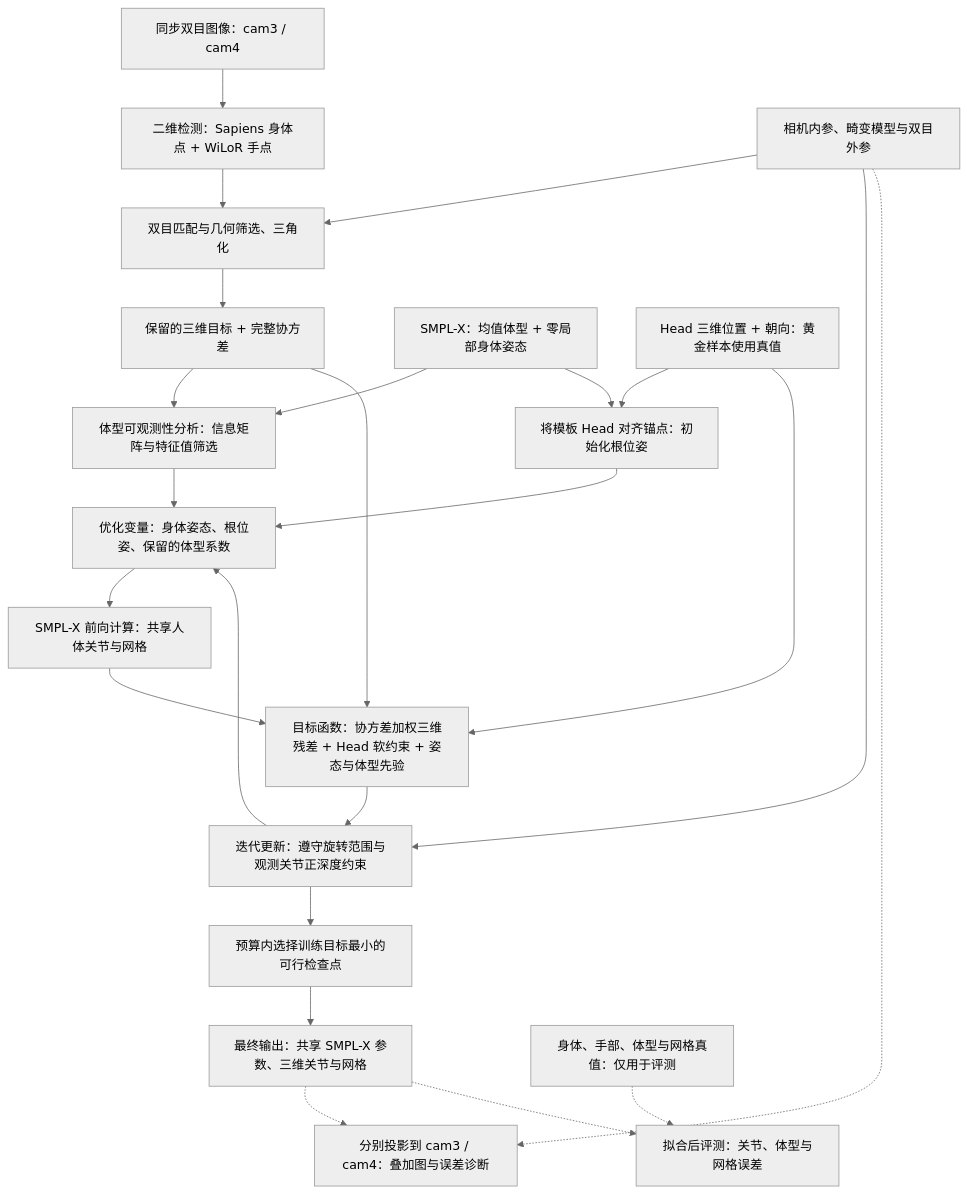
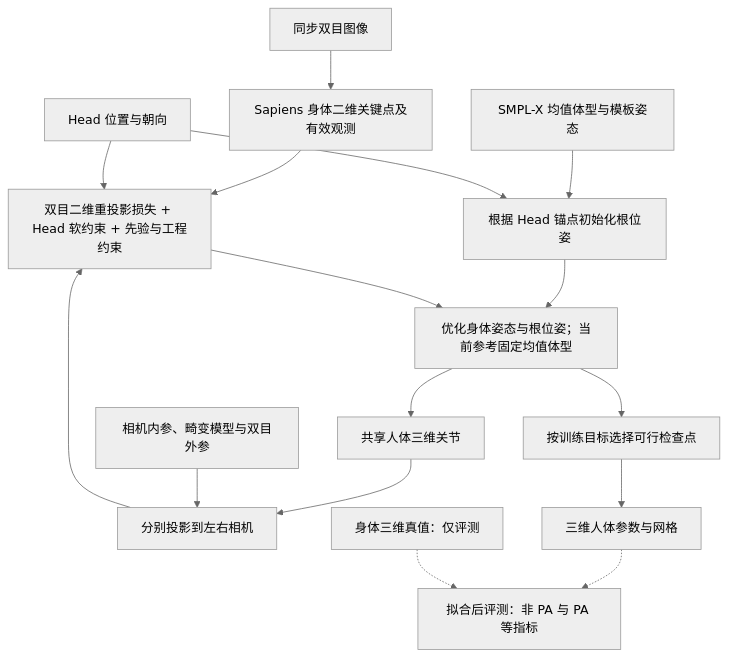
The diagram in README.md (cdh290718-oss/DownSight), drawn with Mermaid (neutral theme) before and after one commit. The commit also changed other lines of this file and 9 other files, not shown here.

````diff
--- a/README.md
+++ b/README.md
@@ -19,26 +15,18 @@
 ```mermaid
 flowchart TD
-    I["同步双目图像：cam3 / cam4"] --> D["二维检测：Sapiens 身体点 + WiLoR 手点"]
-    D --> G["双目匹配与几何筛选、三角化"]
-    C["相机内参、畸变模型与双目外参"] --> G
-    G --> O["保留的三维目标 + 完整协方差"]
-    O --> B["体型可观测性分析：信息矩阵与特征值筛选"]
-    T["SMPL-X：均值体型 + 零局部身体姿态"] --> B
-    T --> A["将模板 Head 对齐锚点：初始化根位姿"]
-    H["Head 三维位置 + 朝向：黄金样本使用真值"] --> A
-    A --> P["优化变量：身体姿态、根位姿、保留的体型系数"]
-    B --> P
-    P --> M["SMPL-X 前向计算：共享人体关节与网格"]
-    M --> L["目标函数：协方差加权三维残差 + Head 软约束 + 姿态与体型先验"]
-    O --> L
+    I["同步双目图像"] --> D["Sapiens 身体二维关键点及有效观测"]
+    T["SMPL-X 均值体型与模板姿态"] --> A["根据 Head 锚点初始化根位姿"]
+    H["Head 位置与朝向"] --> A
+    A --> P["优化身体姿态与根位姿；当前参考固定均值体型"]
+    P --> M["共享人体三维关节"]
+    M --> V["分别投影到左右相机"]
+    C["相机内参、畸变模型与双目外参"] --> V
+    V --> L["双目二维重投影损失 + Head 软约束 + 先验与工程约束"]
+    D --> L
     H --> L
-    L --> U["迭代更新：遵守旋转范围与观测关节正深度约束"]
-    C --> U
-    U --> P
-    U --> S["预算内选择训练目标最小的可行检查点"]
-    S --> R["最终输出：共享 SMPL-X 参数、三维关节与网格"]
-    R -.-> V["分别投影到 cam3 / cam4：叠加图与误差诊断"]
-    C -.-> V
-    R -.-> E["拟合后评测：关节、体型与网格误差"]
-    GT["身体、手部、体型与网格真值：仅用于评测"] -.-> E
+    L --> P
+    P --> S["按训练目标选择可行检查点"]
+    S --> R["三维人体参数与网格"]
+    R -.-> E["拟合后评测：非 PA 与 PA 等指标"]
+    GT["身体三维真值：仅评测"] -.-> E
 ```
````
